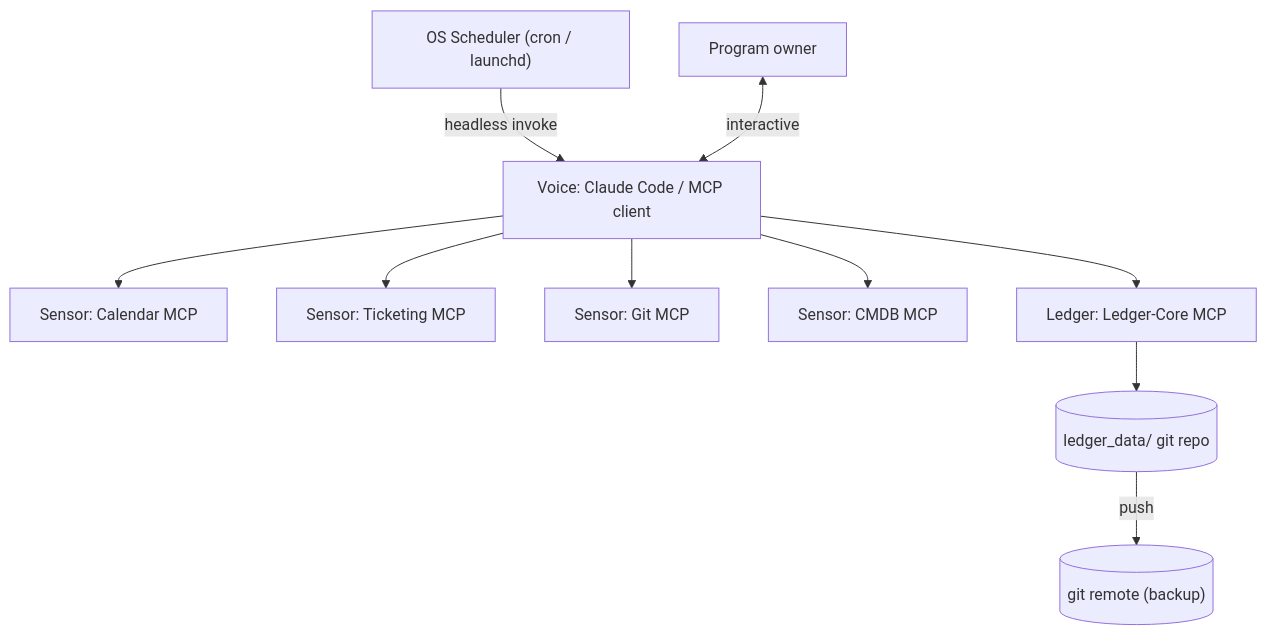
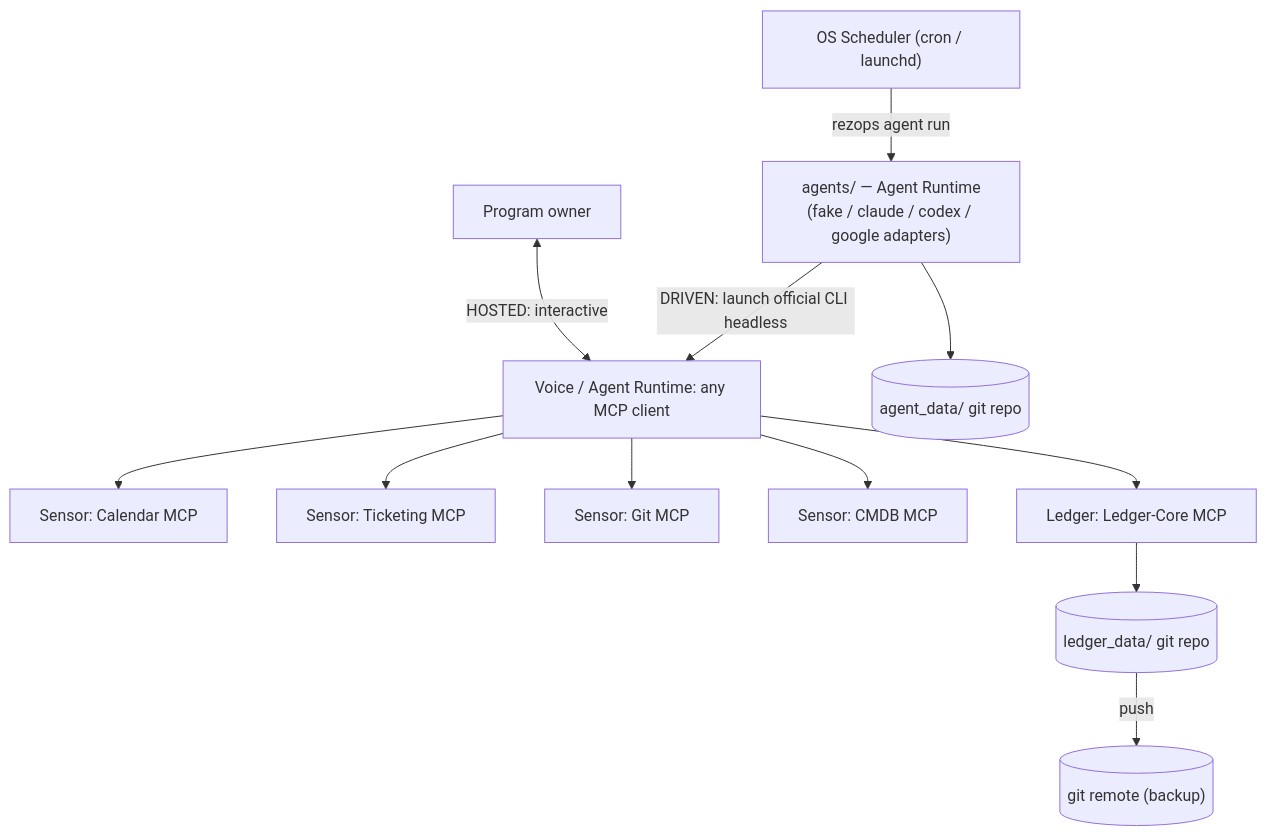
One commit to mistamayor/rez-ops changed the second of 2 diagrams in _bmad-output/planning-artifacts/architecture/architecture-Resillience-Ops-2026-08-12/ARCHITECTURE-SPINE.md. Above: the diagram before and after it, drawn with Mermaid. The commit also changed other lines of this file and 11 other files, not shown here.

````diff
--- a/_bmad-output/planning-artifacts/architecture/architecture-Resillience-Ops-2026-08-12/ARCHITECTURE-SPINE.md
+++ b/_bmad-output/planning-artifacts/architecture/architecture-Resillience-Ops-2026-08-12/ARCHITECTURE-SPINE.md
@@ -162,12 +201,14 @@
 ```mermaid
 graph TB
-    Scheduler["OS Scheduler (cron / launchd)"] -->|headless invoke| Runtime
-    Human["Program owner"] <-->|interactive| Runtime["Voice: Claude Code / MCP client"]
+    Scheduler["OS Scheduler (cron / launchd)"] -->|rezops agent run| Launcher["agents/ — Agent Runtime<br/>(fake / claude / codex / google adapters)"]
+    Launcher -->|DRIVEN: launch official CLI headless| Runtime
+    Launcher --> AgentData[("agent_data/ git repo")]
+    Human["Program owner"] <-->|HOSTED: interactive| Runtime["Voice / Agent Runtime: any MCP client"]
     Runtime --> Calendar["Sensor: Calendar MCP"]
     Runtime --> Ticketing["Sensor: Ticketing MCP"]
     Runtime --> GitConn["Sensor: Git MCP"]
     Runtime --> CMDB["Sensor: CMDB MCP"]
     Runtime --> LedgerCore["Ledger: Ledger-Core MCP"]
     LedgerCore --> LedgerData[("ledger_data/ git repo")]
     LedgerData -->|push| Remote[("git remote (backup)")]
 ```
````
